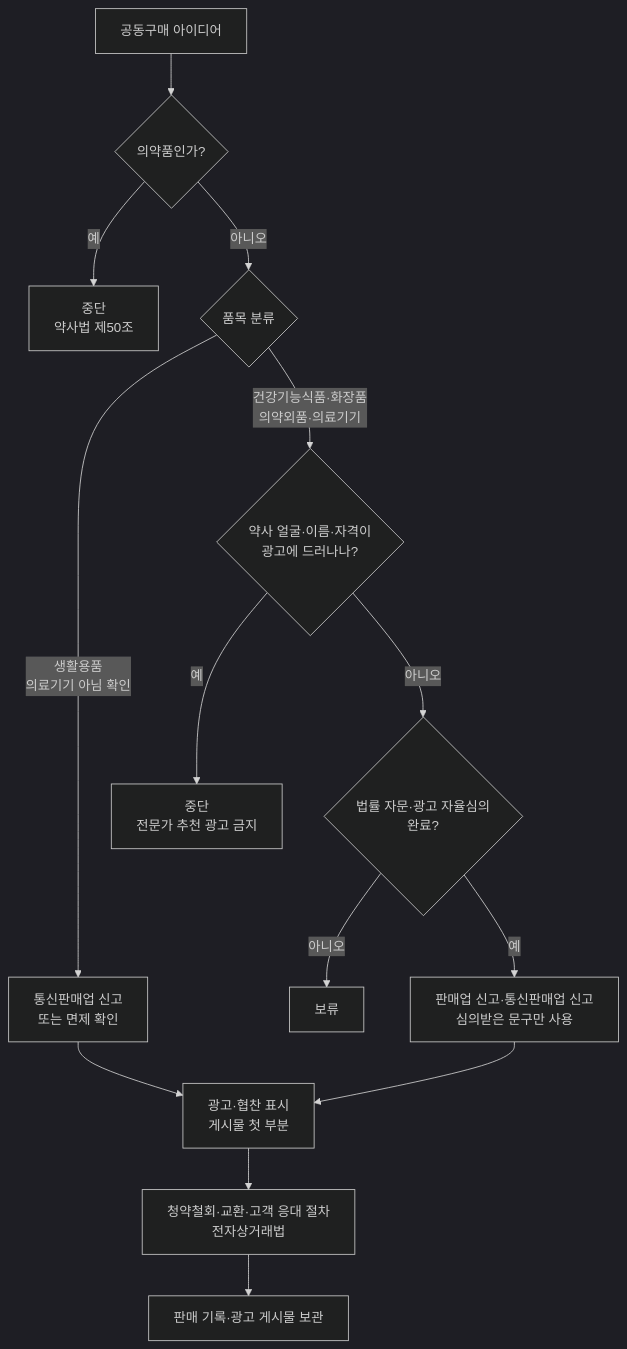
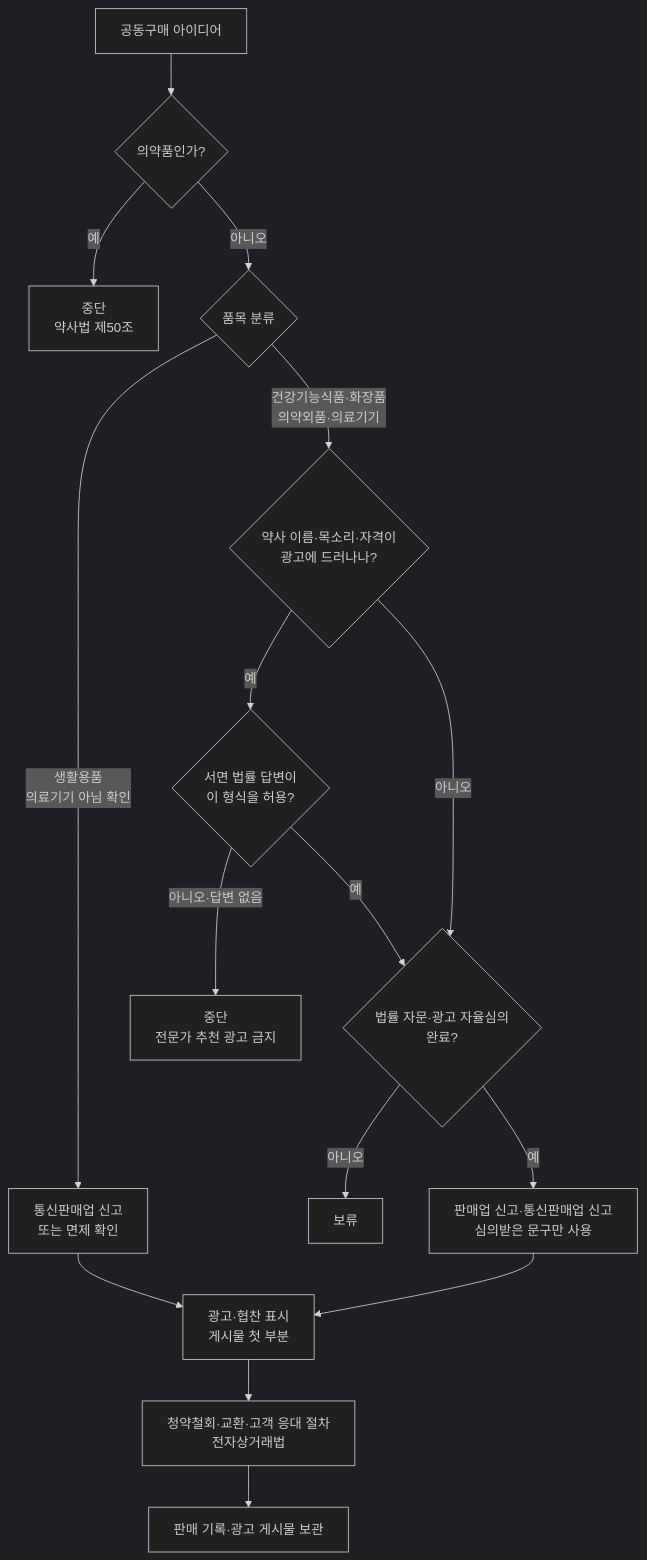
Before and after one commit to wsh7254-cloud/SY-Medi: the seventh of 7 diagrams in docs/content-system-design.md, drawn with Mermaid (dark theme). The commit also changed other lines of this file and 4 other files, not shown here.

````diff
--- a/docs/content-system-design.md
+++ b/docs/content-system-design.md
@@ -899,16 +906,18 @@
 ```mermaid
 flowchart TD
     Q0["공동구매 아이디어"] --> Q1{"의약품인가?"}
     Q1 -- "예" --> NO1["중단<br/>약사법 제50조"]
     Q1 -- "아니오" --> Q2{"품목 분류"}
     Q2 -- "생활용품<br/>의료기기 아님 확인" --> G1["통신판매업 신고<br/>또는 면제 확인"]
-    Q2 -- "건강기능식품·화장품<br/>의약외품·의료기기" --> Q3{"약사 얼굴·이름·자격이<br/>광고에 드러나나?"}
-    Q3 -- "예" --> NO2["중단<br/>전문가 추천 광고 금지"]
+    Q2 -- "건강기능식품·화장품<br/>의약외품·의료기기" --> Q3{"약사 이름·목소리·자격이<br/>광고에 드러나나?"}
+    Q3 -- "예" --> Q3B{"서면 법률 답변이<br/>이 형식을 허용?"}
+    Q3B -- "아니오·답변 없음" --> NO2["중단<br/>전문가 추천 광고 금지"]
+    Q3B -- "예" --> Q4
     Q3 -- "아니오" --> Q4{"법률 자문·광고 자율심의<br/>완료?"}
     Q4 -- "아니오" --> NO3["보류"]
     Q4 -- "예" --> G2["판매업 신고·통신판매업 신고<br/>심의받은 문구만 사용"]
     G1 --> G3["광고·협찬 표시<br/>게시물 첫 부분"]
     G2 --> G3
     G3 --> G4["청약철회·교환·고객 응대 절차<br/>전자상거래법"]
     G4 --> G5["판매 기록·광고 게시물 보관"]
 ```
````
